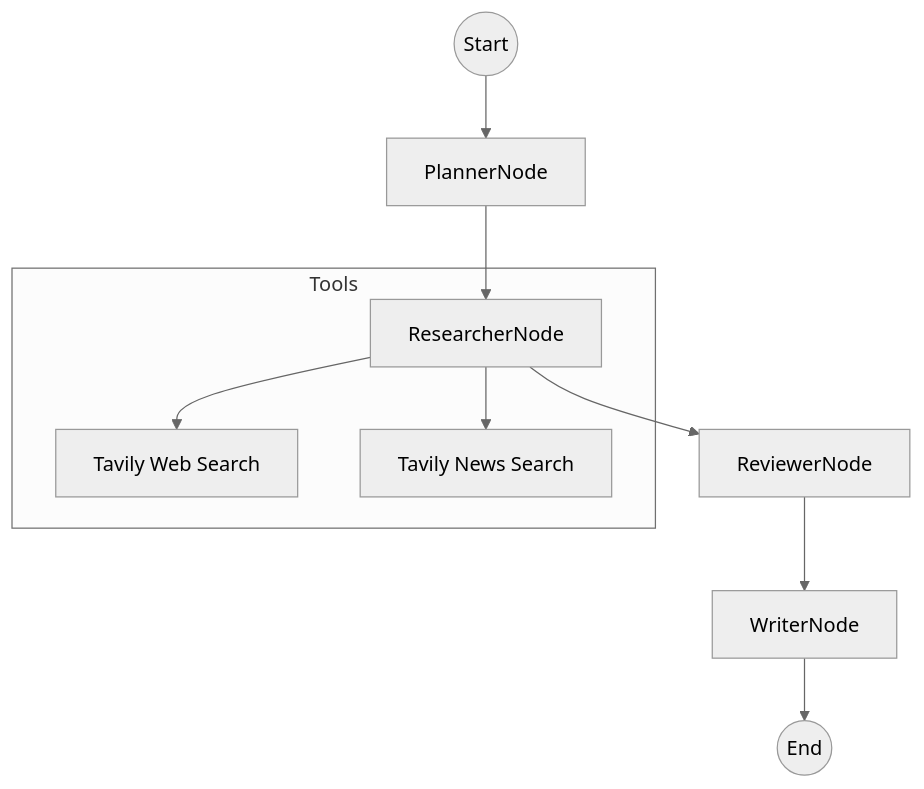
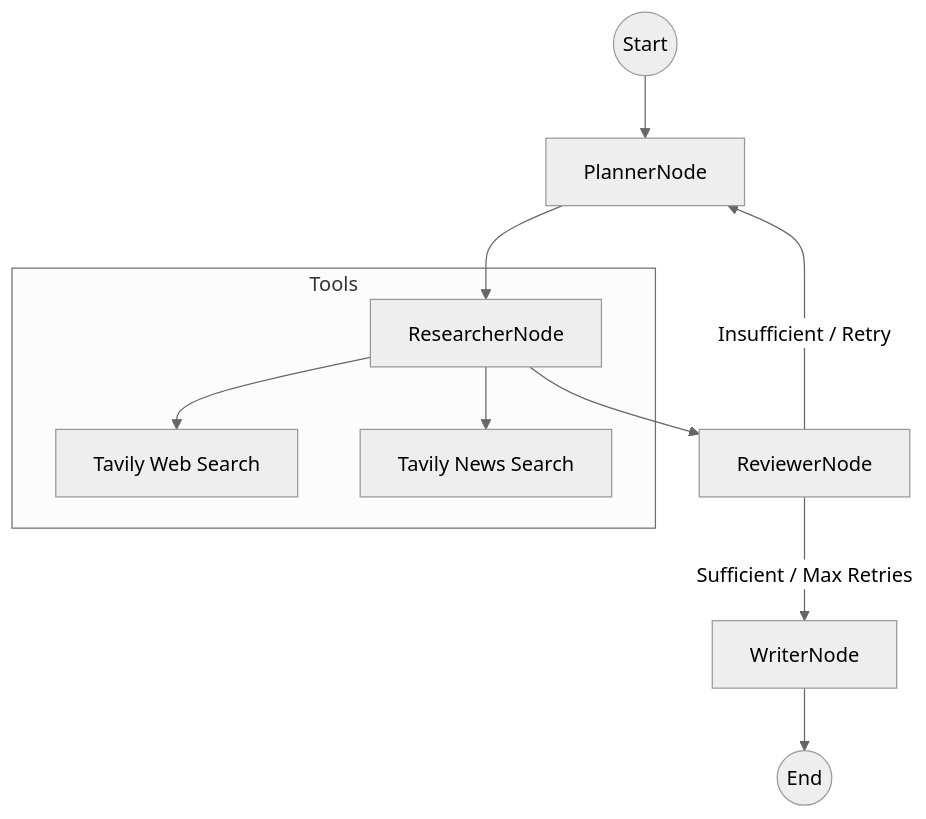
The diagram in README.md (19165/nous), drawn with Mermaid (neutral theme) before and after one commit. The commit also changed other lines of this file, not shown here.

````diff
--- a/README.md
+++ b/README.md
@@ -20,13 +22,14 @@
 ```mermaid
 graph TD
     START((Start)) --> Planner[PlannerNode]
     Planner --> Researcher[ResearcherNode]
     Researcher --> Reviewer[ReviewerNode]
-    Reviewer --> Writer[WriterNode]
+    Reviewer -- "Insufficient / Retry" --> Planner
+    Reviewer -- "Sufficient / Max Retries" --> Writer[WriterNode]
     Writer --> END((End))
     
     subgraph Tools
         Researcher --> WebSearch[Tavily Web Search]
         Researcher --> NewsSearch[Tavily News Search]
     end
 ```
````
